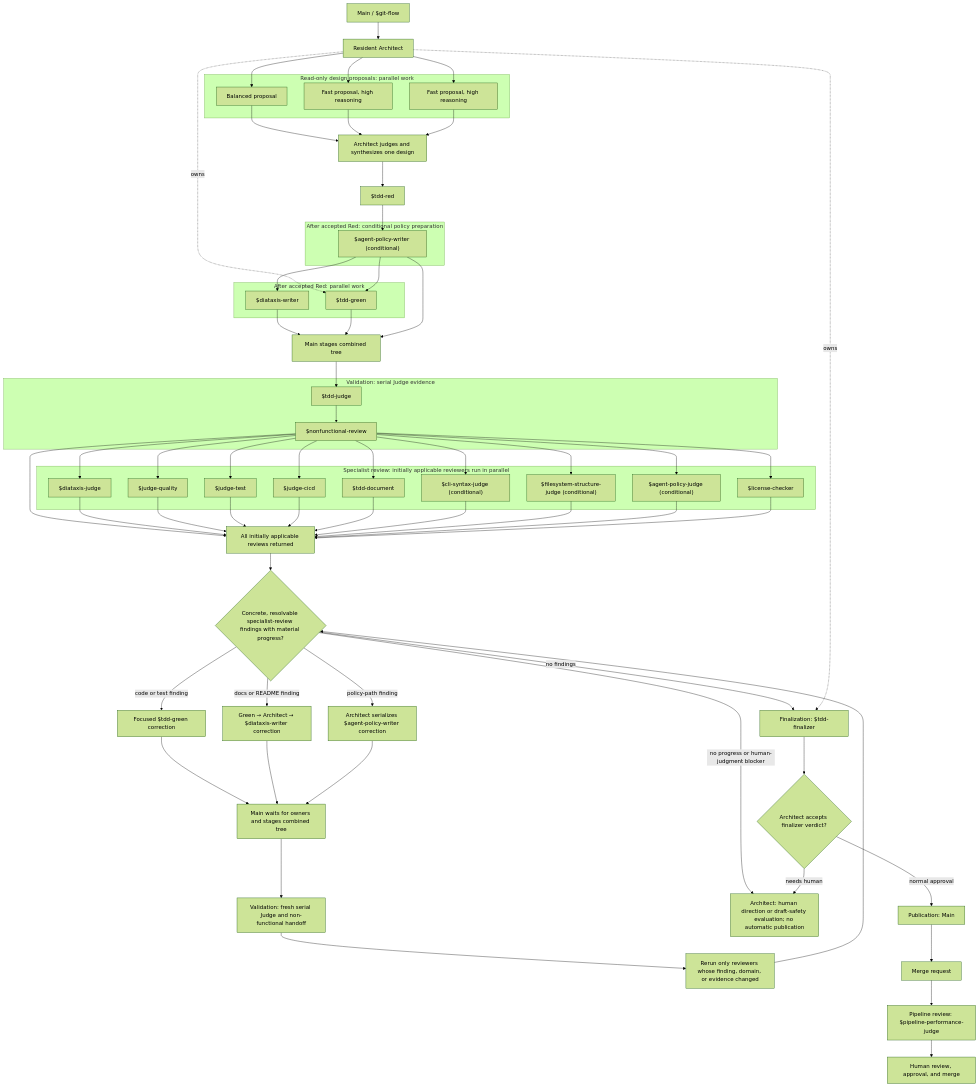
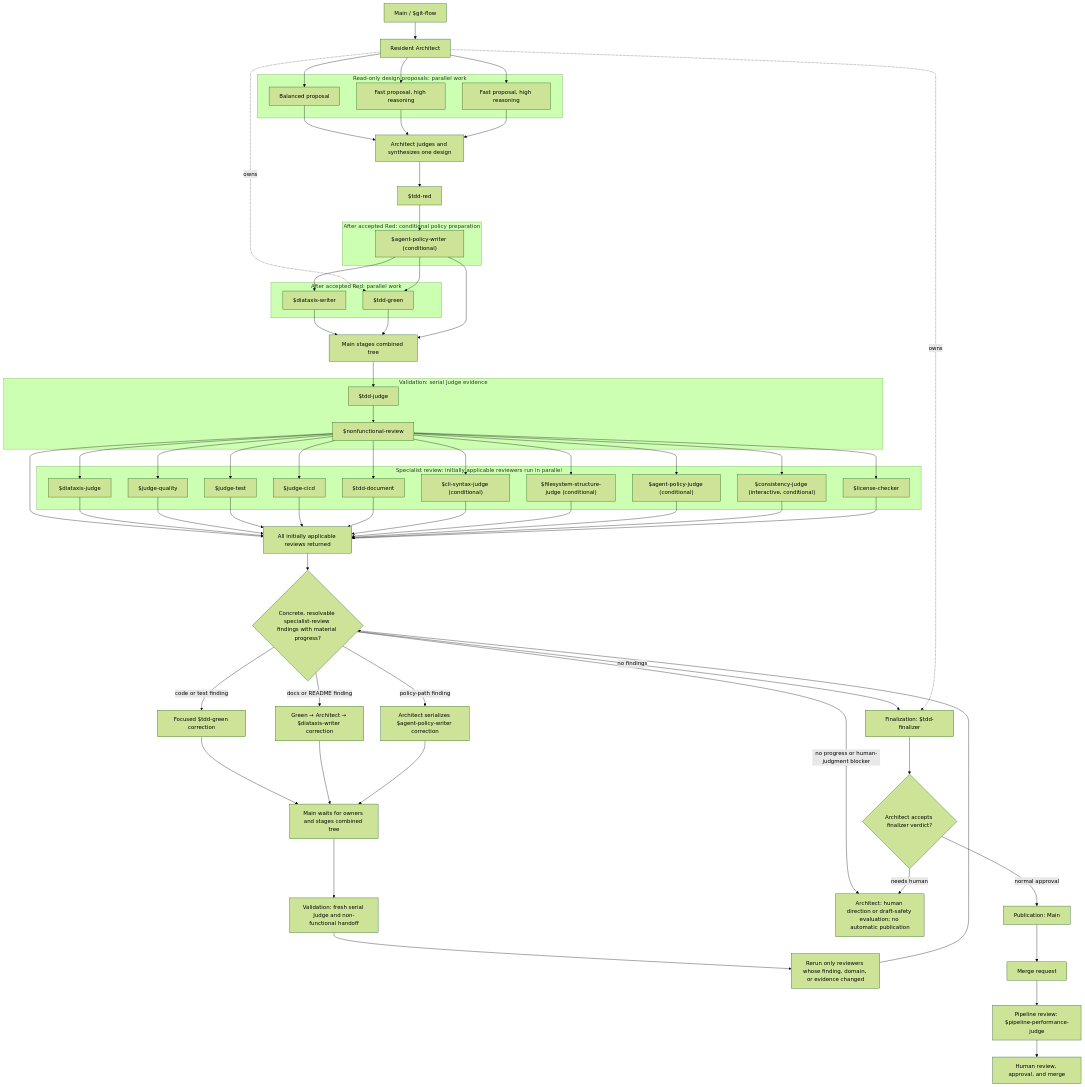
One commit to dfwguy/nvis-ova-agentic-copier changed the first of 5 diagrams in template/docs/explanation/agentic-workflow.md. Above: the diagram before and after it, drawn with Mermaid (forest theme). The commit also changed other lines of this file and 19 other files, not shown here.

Commit message:
Add a repository-wide consistency judge

```diff
--- a/template/docs/explanation/agentic-workflow.md
+++ b/template/docs/explanation/agentic-workflow.md
@@ -264,6 +270,7 @@
         cli["$cli-syntax-judge (conditional)"]
         filesystem["$filesystem-structure-judge (conditional)"]
         policy["$agent-policy-judge (conditional)"]
+        consistency["$consistency-judge (interactive, conditional)"]
         license["$license-checker"]
     end
     judge --> nonfunctional
@@ -275,6 +282,7 @@
     nonfunctional --> cli
     nonfunctional --> filesystem
     nonfunctional --> policy
+    nonfunctional --> consistency
     nonfunctional --> license
     nonfunctional --> reviews["All initially applicable reviews returned"]
     diataxis --> reviews
@@ -285,6 +293,7 @@
     cli --> reviews
     filesystem --> reviews
     policy --> reviews
+    consistency --> reviews
     license --> reviews
     reviews --> reviewoutcome{"Concrete, resolvable specialist-review findings with material progress?"}
     reviewoutcome -- "code or test finding" --> focusedgreen["Focused $tdd-green correction"]
```
